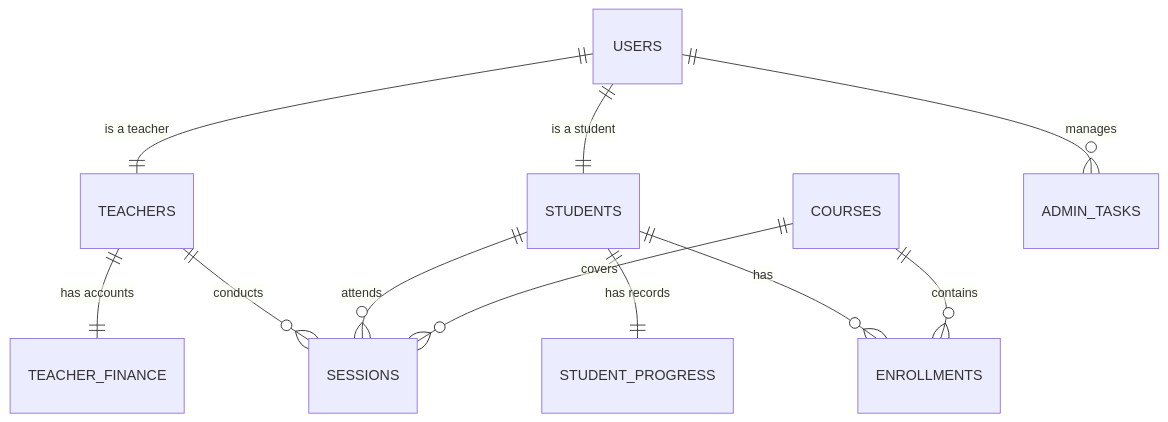
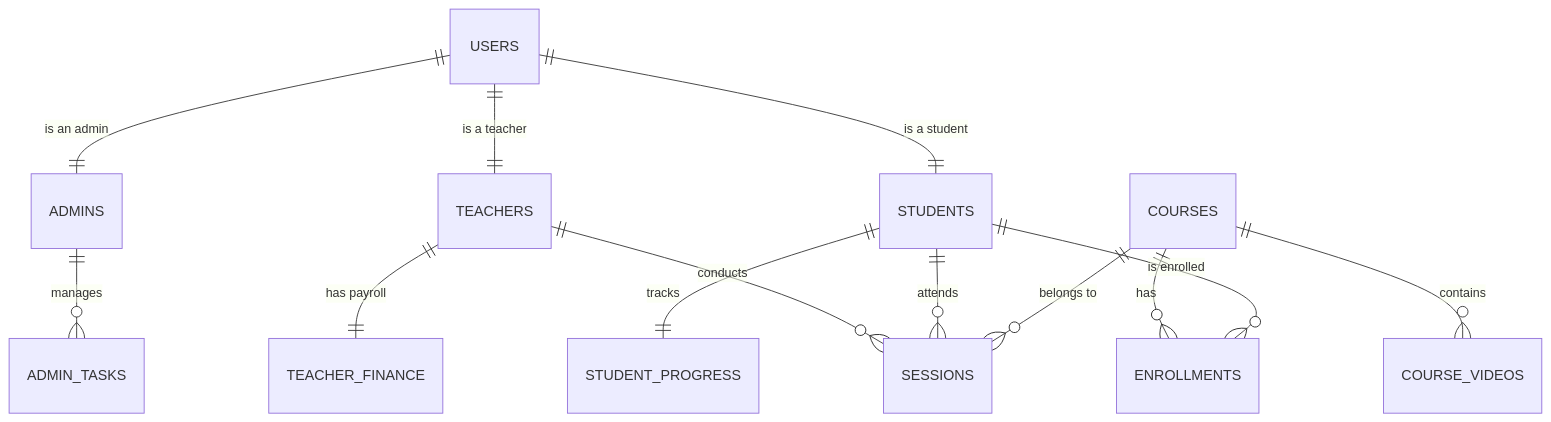
The diagram in database_schema.md (ramezaleem/Mashael-almarefa), drawn with Mermaid before and after one commit. The commit also changed other lines of this file and 3 other files, not shown here.

````diff
--- a/database_schema.md
+++ b/database_schema.md
@@ -7,13 +7,15 @@
 ```mermaid
 erDiagram
     USERS ||--|| STUDENTS : "is a student"
     USERS ||--|| TEACHERS : "is a teacher"
+    USERS ||--|| ADMINS : "is an admin"
     TEACHERS ||--o{ SESSIONS : "conducts"
     STUDENTS ||--o{ SESSIONS : "attends"
-    STUDENTS ||--o{ ENROLLMENTS : "has"
-    COURSES ||--o{ ENROLLMENTS : "contains"
-    COURSES ||--o{ SESSIONS : "covers"
-    STUDENTS ||--|| STUDENT_PROGRESS : "has records"
-    TEACHERS ||--|| TEACHER_FINANCE : "has accounts"
-    USERS ||--o{ ADMIN_TASKS : "manages"
+    COURSES ||--o{ SESSIONS : "belongs to"
+    COURSES ||--o{ ENROLLMENTS : "has"
+    STUDENTS ||--o{ ENROLLMENTS : "is enrolled"
+    STUDENTS ||--|| STUDENT_PROGRESS : "tracks"
+    TEACHERS ||--|| TEACHER_FINANCE : "has payroll"
+    ADMINS ||--o{ ADMIN_TASKS : "manages"
+    COURSES ||--o{ COURSE_VIDEOS : "contains"
 ```
````
